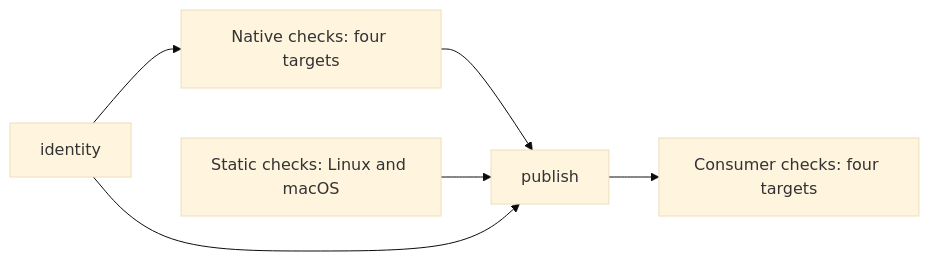
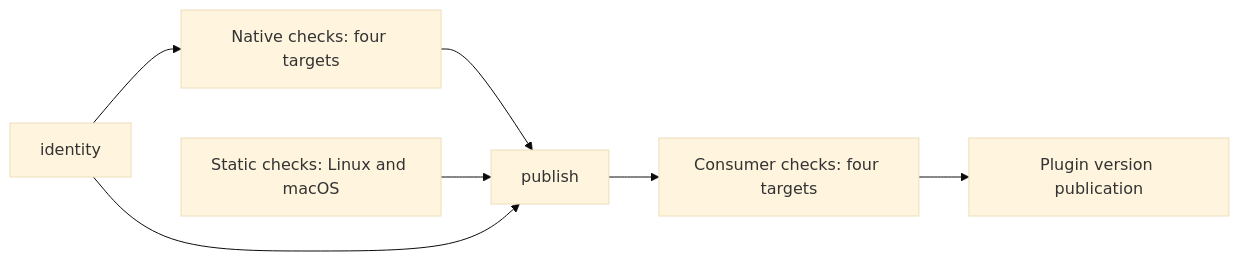
Before and after one commit to wadackel/diffreel.nvim: the diagram in docs/maintenance.md, drawn with Mermaid (base theme). The commit also changed other lines of this file and 13 other files, not shown here.

````diff
--- a/docs/maintenance.md
+++ b/docs/maintenance.md
@@ -47,8 +49,9 @@
 ```mermaid
 flowchart LR
     identity --> native[Native checks: four targets]
     native --> publish
     check[Static checks: Linux and macOS] --> publish
     identity --> publish
     publish --> consumer[Consumer checks: four targets]
+    consumer --> version[Plugin version publication]
 ```
````
